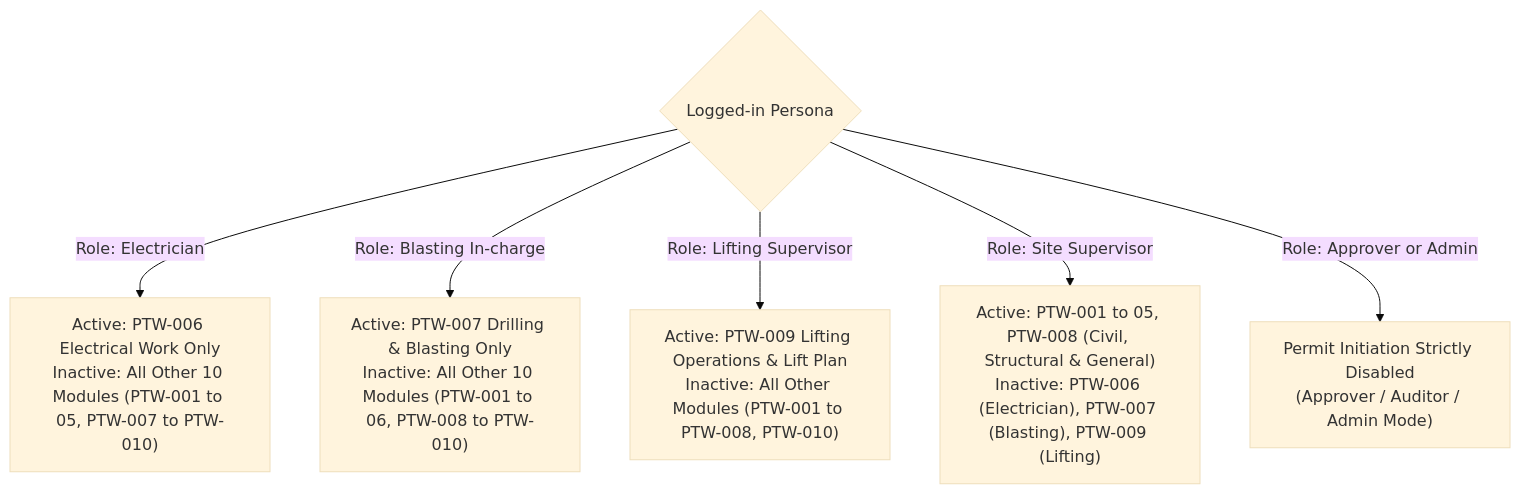
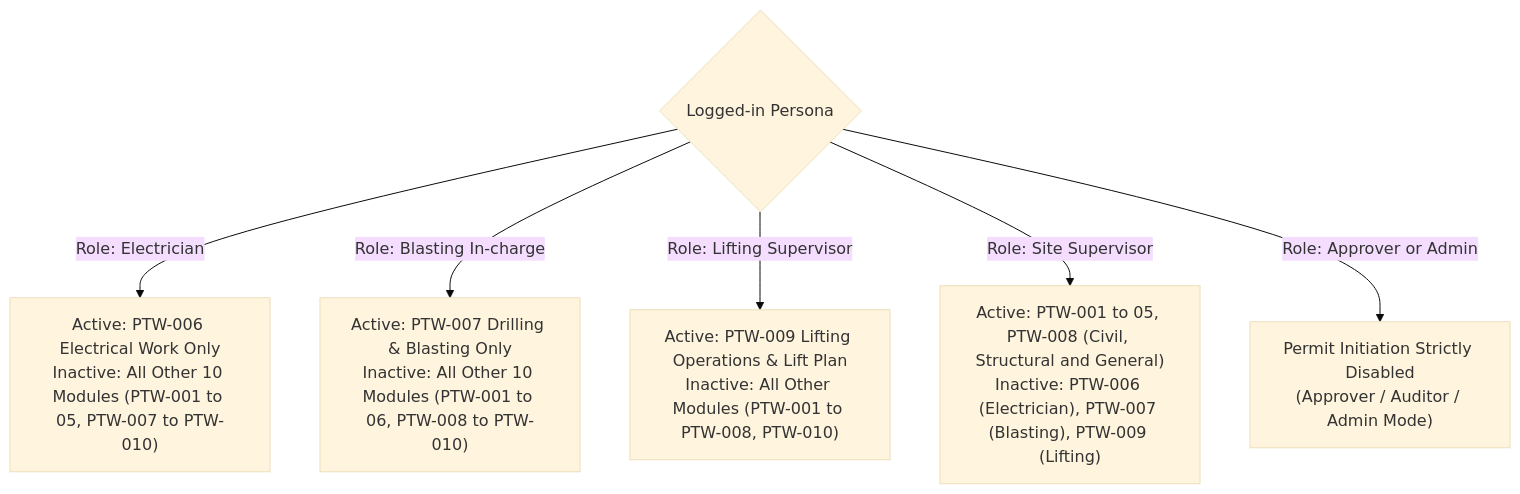
Diagram 17 of 41 in README.md (AuroGroupAutomationBot/ARPL-EHS-Demo), drawn with Mermaid (base theme) before and after one commit. The commit also changed other lines of this file and 7 other files, not shown here.

````diff
--- a/README.md
+++ b/README.md
@@ -1065,8 +1152,8 @@
 ```mermaid
 graph TD
-    INIT{"Logged-in Persona"} -->|Role: Electrician| E_FLOW["Active: PTW-006 Electrical Work Only<br/>Inactive: All Other 10 Modules (PTW-001 to 05, PTW-007 to PTW-010)"]
-    INIT -->|Role: Blasting In-charge| B_FLOW["Active: PTW-007 Drilling & Blasting Only<br/>Inactive: All Other 10 Modules (PTW-001 to 06, PTW-008 to PTW-010)"]
-    INIT -->|Role: Lifting Supervisor| LS_FLOW["Active: PTW-009 Lifting Operations & Lift Plan<br/>Inactive: All Other Modules (PTW-001 to PTW-008, PTW-010)"]
-    INIT -->|Role: Site Supervisor| S_FLOW["Active: PTW-001 to 05, PTW-008 (Civil, Structural & General)<br/>Inactive: PTW-006 (Electrician), PTW-007 (Blasting), PTW-009 (Lifting)"]
-    INIT -->|Role: Approver or Admin| NON_INIT["Permit Initiation Strictly Disabled<br/>(Approver / Auditor / Admin Mode)"]
+    INIT{"Logged-in Persona"} -->|"Role: Electrician"| E_FLOW["Active: PTW-006 Electrical Work Only<br/>Inactive: All Other 10 Modules (PTW-001 to 05, PTW-007 to PTW-010)"]
+    INIT -->|"Role: Blasting In-charge"| B_FLOW["Active: PTW-007 Drilling & Blasting Only<br/>Inactive: All Other 10 Modules (PTW-001 to 06, PTW-008 to PTW-010)"]
+    INIT -->|"Role: Lifting Supervisor"| LS_FLOW["Active: PTW-009 Lifting Operations & Lift Plan<br/>Inactive: All Other Modules (PTW-001 to PTW-008, PTW-010)"]
+    INIT -->|"Role: Site Supervisor"| S_FLOW["Active: PTW-001 to 05, PTW-008 (Civil, Structural and General)<br/>Inactive: PTW-006 (Electrician), PTW-007 (Blasting), PTW-009 (Lifting)"]
+    INIT -->|"Role: Approver or Admin"| NON_INIT["Permit Initiation Strictly Disabled<br/>(Approver / Auditor / Admin Mode)"]
 ```
````
